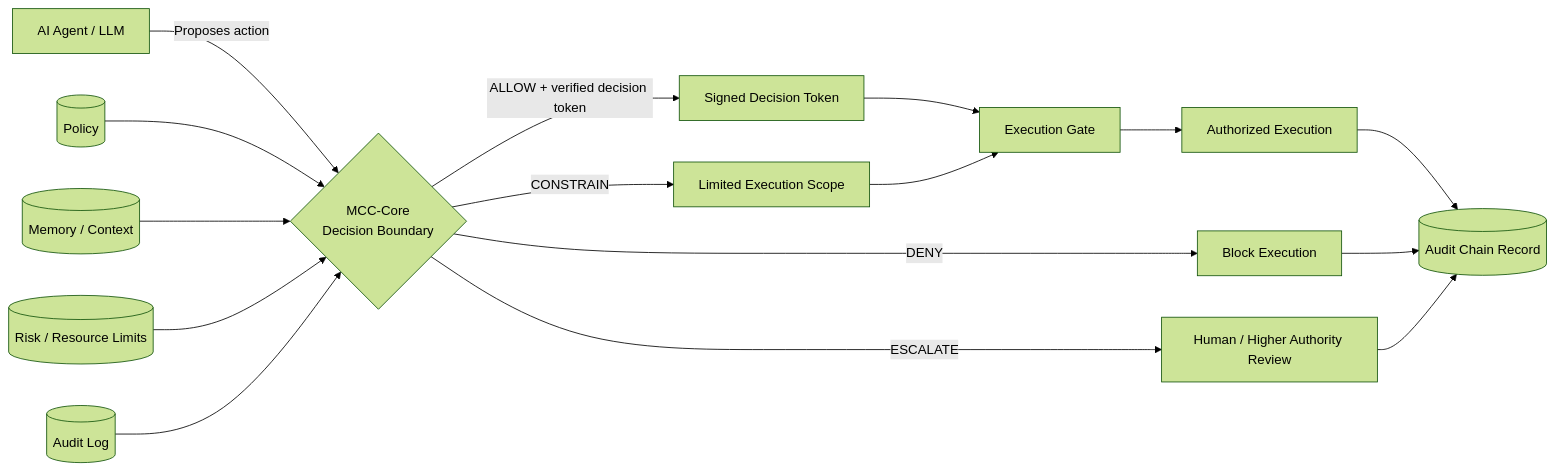
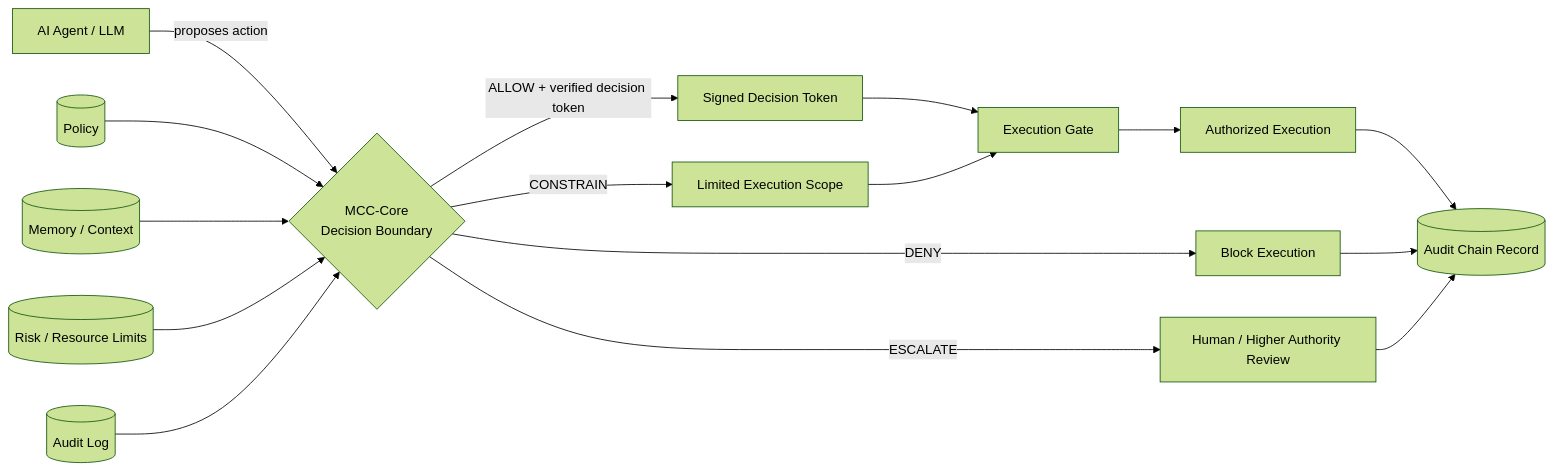
One commit to mcc-prior-art/mcc-layer changed the first of 3 diagrams in README.md. Above: the diagram before and after it, drawn with Mermaid (forest theme). The commit also changed other lines of this file, not shown here.

````diff
--- a/README.md
+++ b/README.md
@@ -116,22 +127,22 @@
 ```mermaid
 flowchart LR
-    A[AI Agent / LLM] -->|Proposes action| B{MCC-Core<br/>Decision Boundary}
+  A["AI Agent / LLM"] -->|proposes action| B{"MCC-Core<br/>Decision Boundary"}
+  P[(Policy)] --> B
+  M[(Memory / Context)] --> B
+  R[(Risk / Resource Limits)] --> B
+  L[(Audit Log)] --> B
 
-    P[(Policy)] --> B
-    M[(Memory / Context)] --> B
-    R[(Risk / Resource Limits)] --> B
-    L[(Audit Log)] --> B
+  B -->|ALLOW + verified decision token| T["Signed Decision Token"]
+  T --> G["Execution Gate"]
+  G --> X["Authorized Execution"]
+  X --> C[(Audit Chain Record)]
 
-    B -->|ALLOW + verified decision token| T[Signed Decision Token]
-    T --> G[Execution Gate]
-    G --> E[Authorized Execution]
-    E --> AR[(Audit Chain Record)]
+  B -->|CONSTRAIN| S["Limited Execution Scope"]
+  S --> G
 
-    B -->|DENY| D[Block Execution]
-    B -->|ESCALATE| H[Human / Higher Authority Review]
-    B -->|CONSTRAIN| C[Limited Execution Scope]
+  B -->|DENY| D["Block Execution"]
+  D --> C
 
-    D --> AR
-    H --> AR
-    C --> G
+  B -->|ESCALATE| H["Human / Higher Authority Review"]
+  H --> C
 ```
````
